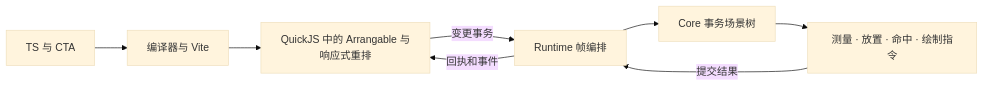
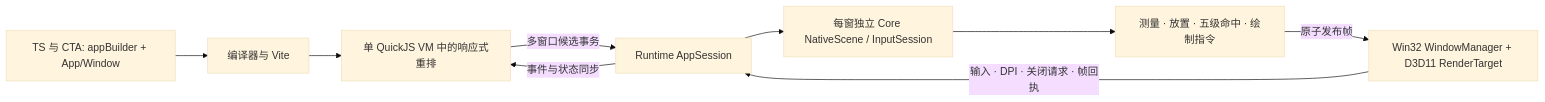
The first of 3 diagrams in docs/ARCHITECTURE.md (EarzuChan/Canton), drawn with Mermaid (base theme) before and after one commit. The commit also changed other lines of this file and 121 other files, not shown here.

Commit message:
feat: m4, which is appBuild, Window and Application, basic input and dpi, etc

````diff
--- a/docs/ARCHITECTURE.md
+++ b/docs/ARCHITECTURE.md
@@ -20,10 +20,11 @@
 ```mermaid
 flowchart LR
-    UI[TS 与 CTA] --> Build[编译器与 Vite]
-    Build --> JS[QuickJS 中的 Arrangable 与响应式重排]
-    JS -->|变更事务| Pipe[Runtime 帧编排]
-    Pipe --> Scene[Core 事务场景树]
-    Scene --> Frame[测量 · 放置 · 命中 · 绘制指令]
-    Frame -->|提交结果| Pipe
-    Pipe -->|回执和事件| JS
+    UI[TS 与 CTA: appBuilder + App/Window] --> Build[编译器与 Vite]
+    Build --> JS[单 QuickJS VM 中的响应式重排]
+    JS -->|多窗口候选事务| Session[Runtime AppSession]
+    Session --> Scene[每窗独立 Core NativeScene / InputSession]
+    Scene --> Frame[测量 · 放置 · 五级命中 · 绘制指令]
+    Frame -->|原子发布帧| Target[Win32 WindowManager + D3D11 RenderTarget]
+    Target -->|输入 · DPI · 关闭请求 · 帧回执| Session
+    Session -->|事件与状态同步| JS
 ```
````
